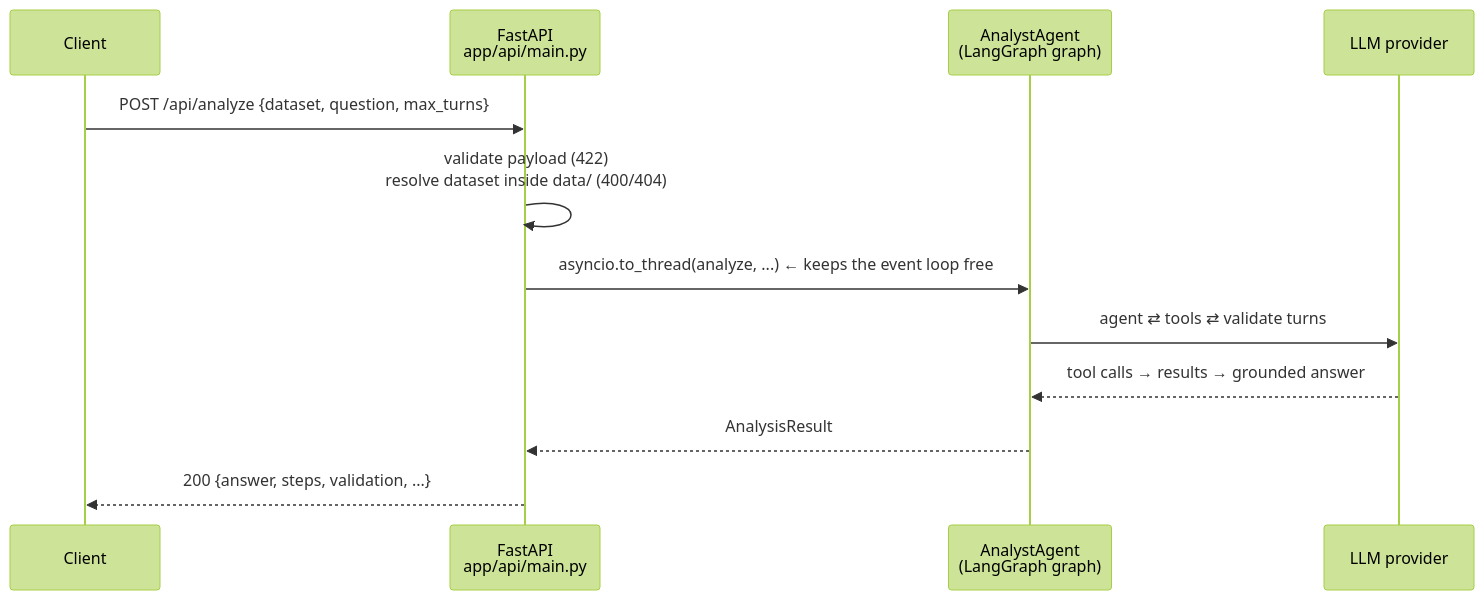
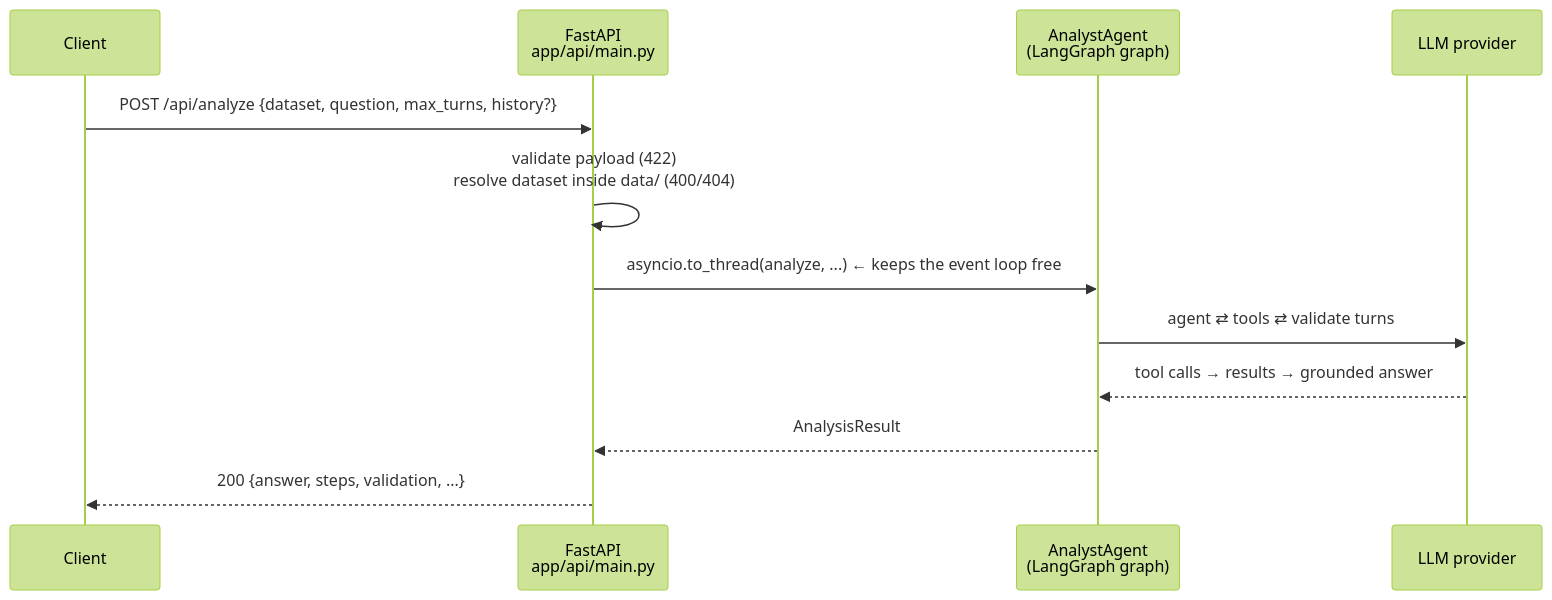
One commit to Ahmedovo/ai_analyst changed the first of 4 diagrams in README.md. Above: the diagram before and after it, drawn with Mermaid (forest theme). The commit also changed other lines of this file and 16 other files, not shown here.

````diff
--- a/README.md
+++ b/README.md
@@ -113,15 +113,15 @@
 ```mermaid
 sequenceDiagram
     participant C as Client
     participant API as FastAPI<br/>app/api/main.py
     participant AG as AnalystAgent<br/>(LangGraph graph)
     participant LLM as LLM provider
 
-    C->>API: POST /api/analyze {dataset, question, max_turns}
+    C->>API: POST /api/analyze {dataset, question, max_turns, history?}
     API->>API: validate payload (422)<br/>resolve dataset inside data/ (400/404)
     API->>AG: asyncio.to_thread(analyze, ...)  ← keeps the event loop free
     AG->>LLM: agent ⇄ tools ⇄ validate turns
     LLM-->>AG: tool calls → results → grounded answer
     AG-->>API: AnalysisResult
     API-->>C: 200 {answer, steps, validation, ...}
 ```
````
